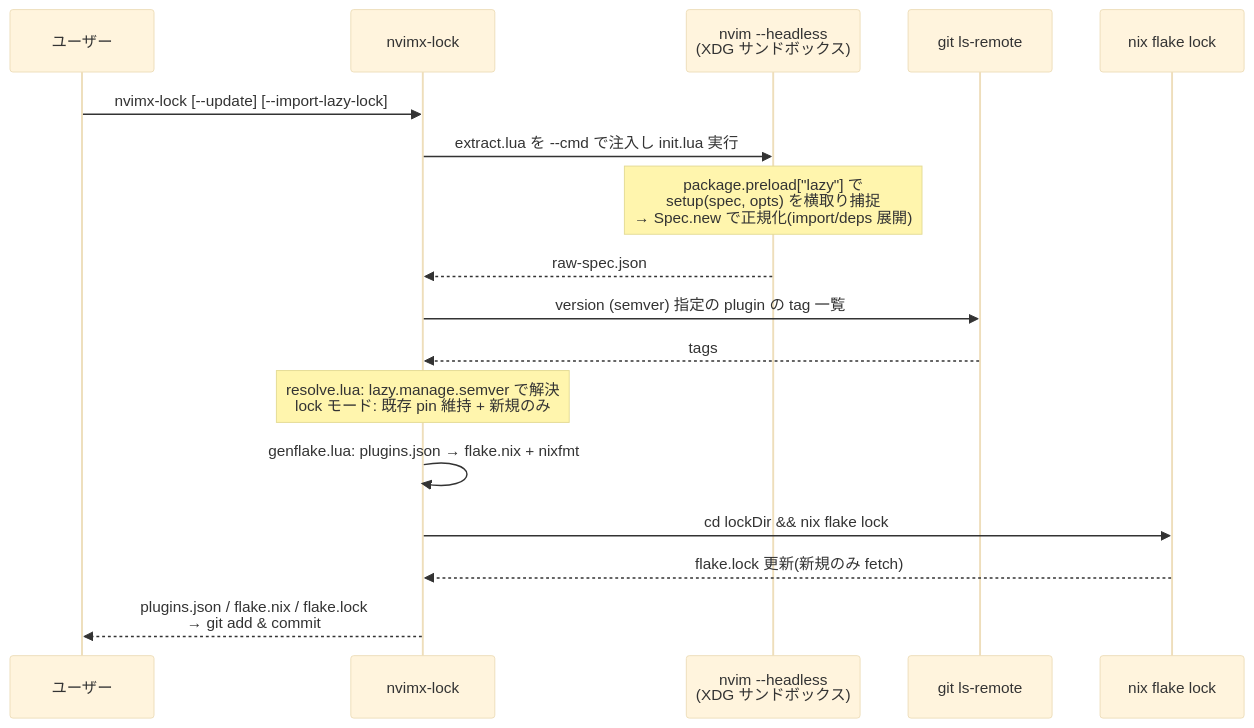
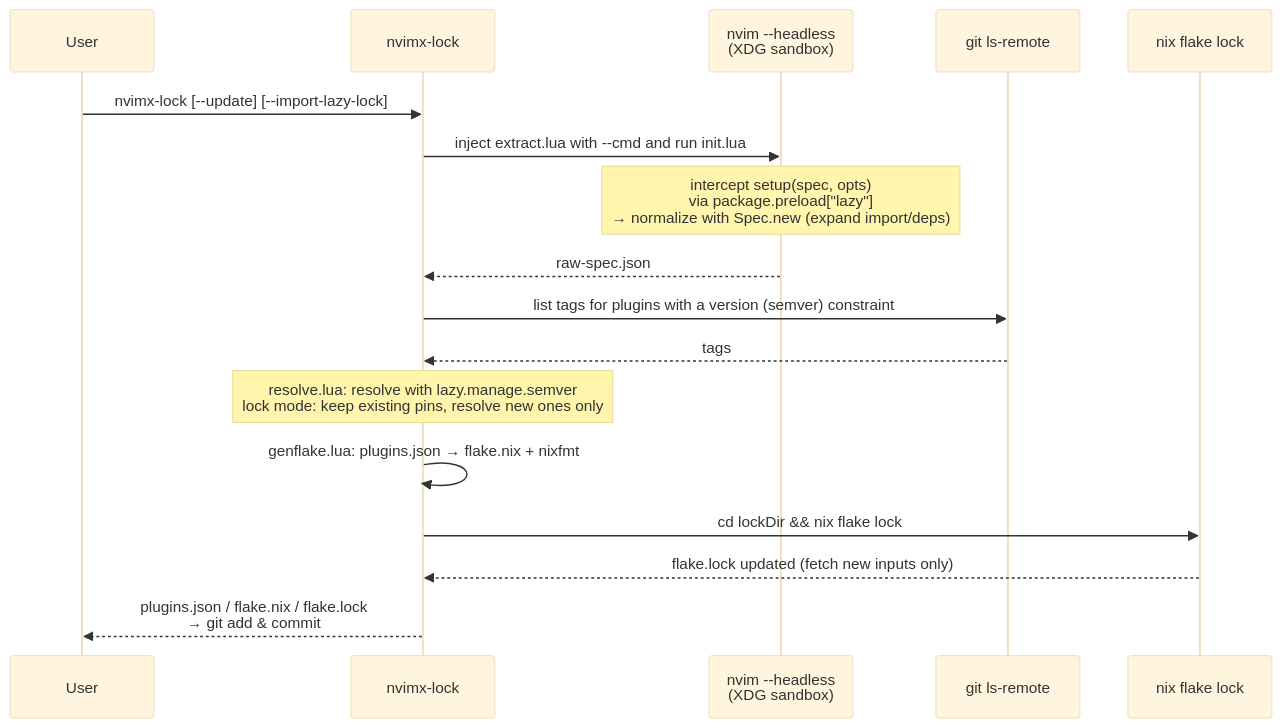
Before and after one commit to myuron/nvimx: the second of 3 diagrams in docs/architecture.md, drawn with Mermaid (base theme). The commit also changed other lines of this file and 21 other files, not shown here.

````diff
--- a/docs/architecture.md
+++ b/docs/architecture.md
@@ -74,20 +74,20 @@
 ```mermaid
 sequenceDiagram
-    participant U as ユーザー
+    participant U as User
     participant L as nvimx-lock
-    participant N as nvim --headless<br/>(XDG サンドボックス)
+    participant N as nvim --headless<br/>(XDG sandbox)
     participant G as git ls-remote
     participant F as nix flake lock
 
     U->>L: nvimx-lock [--update] [--import-lazy-lock]
-    L->>N: extract.lua を --cmd で注入し init.lua 実行
-    Note over N: package.preload["lazy"] で<br/>setup(spec, opts) を横取り捕捉<br/>→ Spec.new で正規化(import/deps 展開)
+    L->>N: inject extract.lua with --cmd and run init.lua
+    Note over N: intercept setup(spec, opts)<br/>via package.preload["lazy"]<br/>→ normalize with Spec.new (expand import/deps)
     N-->>L: raw-spec.json
-    L->>G: version (semver) 指定の plugin の tag 一覧
+    L->>G: list tags for plugins with a version (semver) constraint
     G-->>L: tags
-    Note over L: resolve.lua: lazy.manage.semver で解決<br/>lock モード: 既存 pin 維持 + 新規のみ
+    Note over L: resolve.lua: resolve with lazy.manage.semver<br/>lock mode: keep existing pins, resolve new ones only
     L->>L: genflake.lua: plugins.json → flake.nix + nixfmt
     L->>F: cd lockDir && nix flake lock
-    F-->>L: flake.lock 更新(新規のみ fetch)
+    F-->>L: flake.lock updated (fetch new inputs only)
     L-->>U: plugins.json / flake.nix / flake.lock<br/>→ git add & commit
 ```
````
